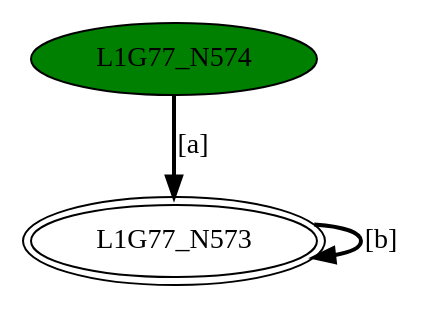
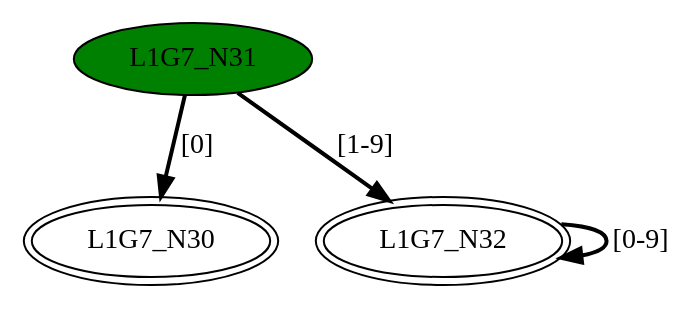
One commit to GDimitroulakos/EDUFLEX changed the diagram in DFASimulator/Testbench/minimizedDFA1.dot. Above: the diagram before and after it, drawn with Graphviz. The commit also changed 72 other files, not shown here.

```diff
--- a/DFASimulator/Testbench/minimizedDFA1.dot
+++ b/DFASimulator/Testbench/minimizedDFA1.dot
@@ -1,6 +1,8 @@
-digraph G77{
-"L1G77_N573" [peripheries=2];
-"L1G77_N574" [style=filled,fillcolor=green];
-"L1G77_N573"->"L1G77_N573" [style = bold, label = "[b]"];
-"L1G77_N574"->"L1G77_N573" [style = bold, label = "[a]"];
+digraph G7{
+"L1G7_N30" [peripheries=2];
+"L1G7_N31" [style=filled,fillcolor=green];
+"L1G7_N32" [peripheries=2];
+"L1G7_N31"->"L1G7_N30" [style = bold, label = "[0]"];
+"L1G7_N31"->"L1G7_N32" [style = bold, label = "[1-9]"];
+"L1G7_N32"->"L1G7_N32" [style = bold, label = "[0-9]"];
 }
```
